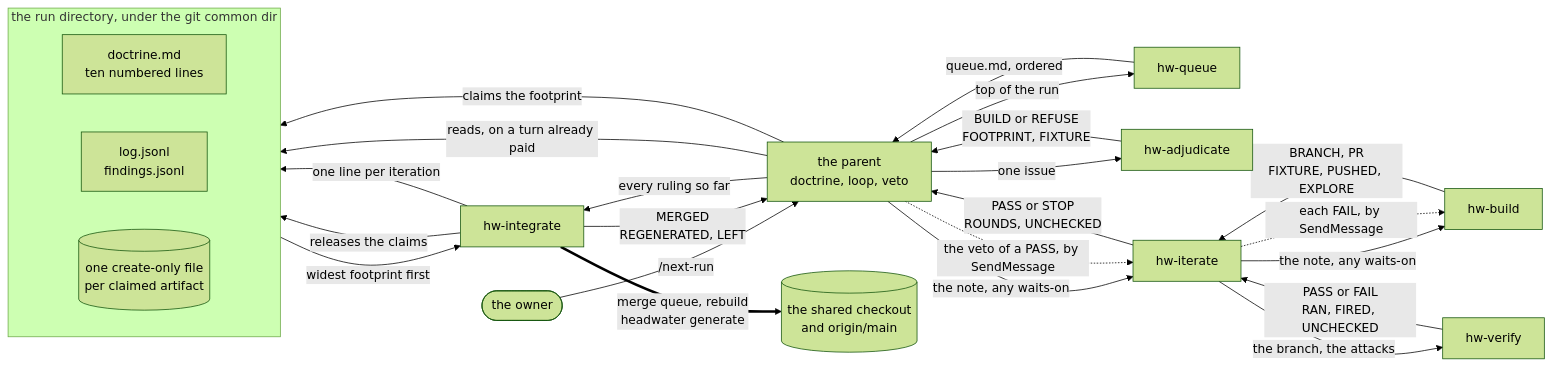
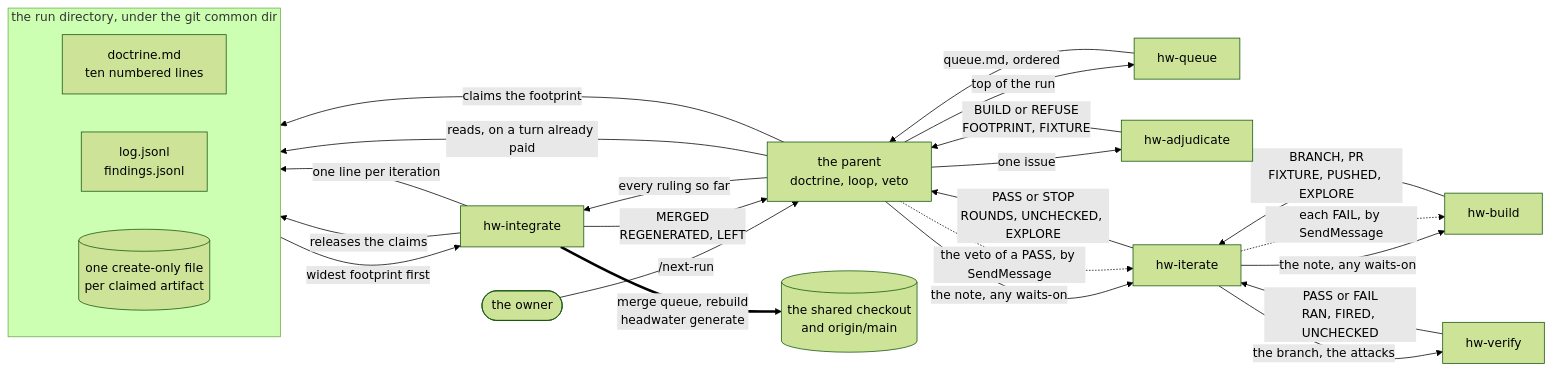
One commit to headwater-ai/headwater changed the diagram in docs/process/specs/orchestration-architecture.md. Above: the diagram before and after it, drawn with Mermaid (forest theme). The commit also changed other lines of this file and 39 other files, not shown here.

````diff
--- a/docs/process/specs/orchestration-architecture.md
+++ b/docs/process/specs/orchestration-architecture.md
@@ -64,36 +64,36 @@
 ```mermaid
 flowchart LR
     owner(["the owner"]) -->|"/next-run"| parent["the parent<br/>doctrine, loop, veto"]
 
     parent -->|"top of the run"| queue["hw-queue"]
     parent -->|"one issue"| adjudicate["hw-adjudicate"]
     parent -->|"the note, any waits-on"| iterate["hw-iterate"]
     iterate -->|"the note, any waits-on"| build["hw-build"]
     iterate -->|"the branch, the attacks"| verify["hw-verify"]
     parent -->|"every ruling so far"| integrate["hw-integrate"]
 
     queue -->|"queue.md, ordered"| parent
     adjudicate -->|"BUILD or REFUSE<br/>FOOTPRINT, FIXTURE"| parent
     build -->|"BRANCH, PR<br/>FIXTURE, PUSHED, EXPLORE"| iterate
     verify -->|"PASS or FAIL<br/>RAN, FIRED, UNCHECKED"| iterate
-    iterate -->|"PASS or STOP<br/>ROUNDS, UNCHECKED"| parent
+    iterate -->|"PASS or STOP<br/>ROUNDS, UNCHECKED, EXPLORE"| parent
     integrate -->|"MERGED<br/>REGENERATED, LEFT"| parent
 
     parent -.->|"the veto of a PASS, by SendMessage"| iterate
     iterate -.->|"each FAIL, by SendMessage"| build
 
     subgraph rundir["the run directory, under the git common dir"]
         direction LR
         doctrine["doctrine.md<br/>ten numbered lines"]
         ledger["log.jsonl<br/>findings.jsonl"]
         claims[("one create-only file<br/>per claimed artifact")]
     end
 
     parent -->|"reads, on a turn already paid"| doctrine
     parent -->|"claims the footprint"| claims
     claims -->|"widest footprint first"| integrate
     integrate -->|"releases the claims"| claims
     integrate -->|"one line per iteration"| ledger
 
     integrate ==>|"merge queue, rebuild<br/>headwater generate"| checkout[("the shared checkout<br/>and origin/main")]
 ```
````
